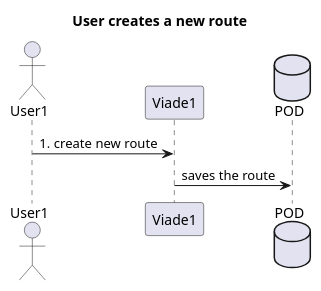
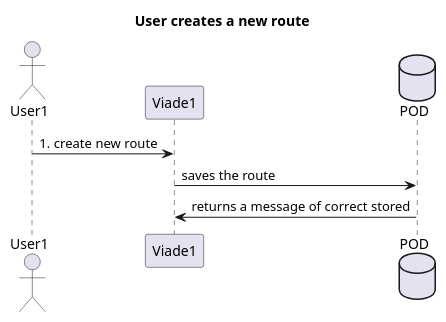
Before and after one commit to flecktarn121/viade_es2c: the second of 4 diagrams in src/docs/06_runtime_view.adoc, drawn with PlantUML. The commit also changed other lines of this file and 6 other files, not shown here.

```diff
--- a/src/docs/06_runtime_view.adoc
+++ b/src/docs/06_runtime_view.adoc
@@ -28,10 +30,10 @@
 [plantuml,"Routes creation secuence diagram",png]
 ----
 title User creates a new route
 actor User1
 participant Viade1
 database POD
 User1 -> Viade1: 1. create new route
 Viade1 -> POD: saves the route
-
+POD -> Viade1: returns a message of correct stored
 ----
```
